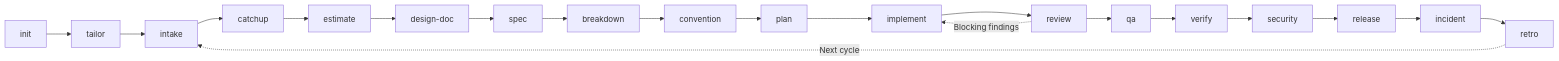
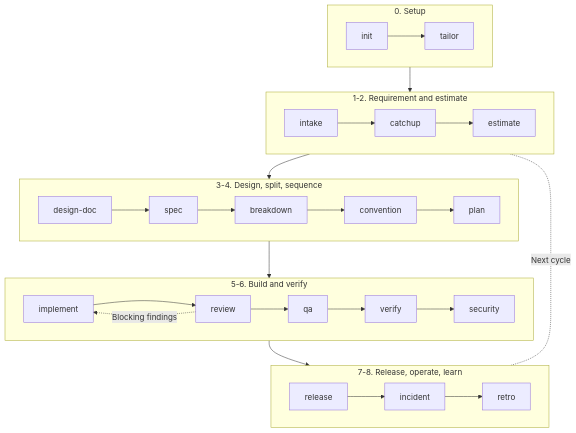
Before and after one commit to lamngockhuong/aiteamkit: the diagram in README.md, drawn with Mermaid. The commit also changed 13 other files, not shown here.

````diff
--- a/README.md
+++ b/README.md
@@ -16,9 +16,26 @@
 ```mermaid
-flowchart LR
-    I["init"] --> T["tailor"] --> IN["intake"] --> C["catchup"] --> E["estimate"]
-    E --> D["design-doc"] --> SP["spec"] --> B["breakdown"] --> CV["convention"] --> P["plan"]
-    P --> IM["implement"] --> R["review"] --> Q["qa"] --> V["verify"] --> S["security"] --> RL["release"]
-    R -.->|Blocking findings| IM
-    RL --> IC["incident"] --> RT["retro"]
-    RT -.->|Next cycle| IN
+flowchart TD
+    subgraph L0["0. Setup"]
+        direction LR
+        I["init"] --> T["tailor"]
+    end
+    subgraph L1["1-2. Requirement and estimate"]
+        direction LR
+        IN["intake"] --> C["catchup"] --> E["estimate"]
+    end
+    subgraph L2["3-4. Design, split, sequence"]
+        direction LR
+        D["design-doc"] --> SP["spec"] --> B["breakdown"] --> CV["convention"] --> P["plan"]
+    end
+    subgraph L3["5-6. Build and verify"]
+        direction LR
+        IM["implement"] --> R["review"] --> Q["qa"] --> V["verify"] --> S["security"]
+        R -.->|Blocking findings| IM
+    end
+    subgraph L4["7-8. Release, operate, learn"]
+        direction LR
+        RL["release"] --> IC["incident"] --> RT["retro"]
+    end
+    L0 --> L1 --> L2 --> L3 --> L4
+    L1 <-.-|Next cycle| L4
 ```
````
